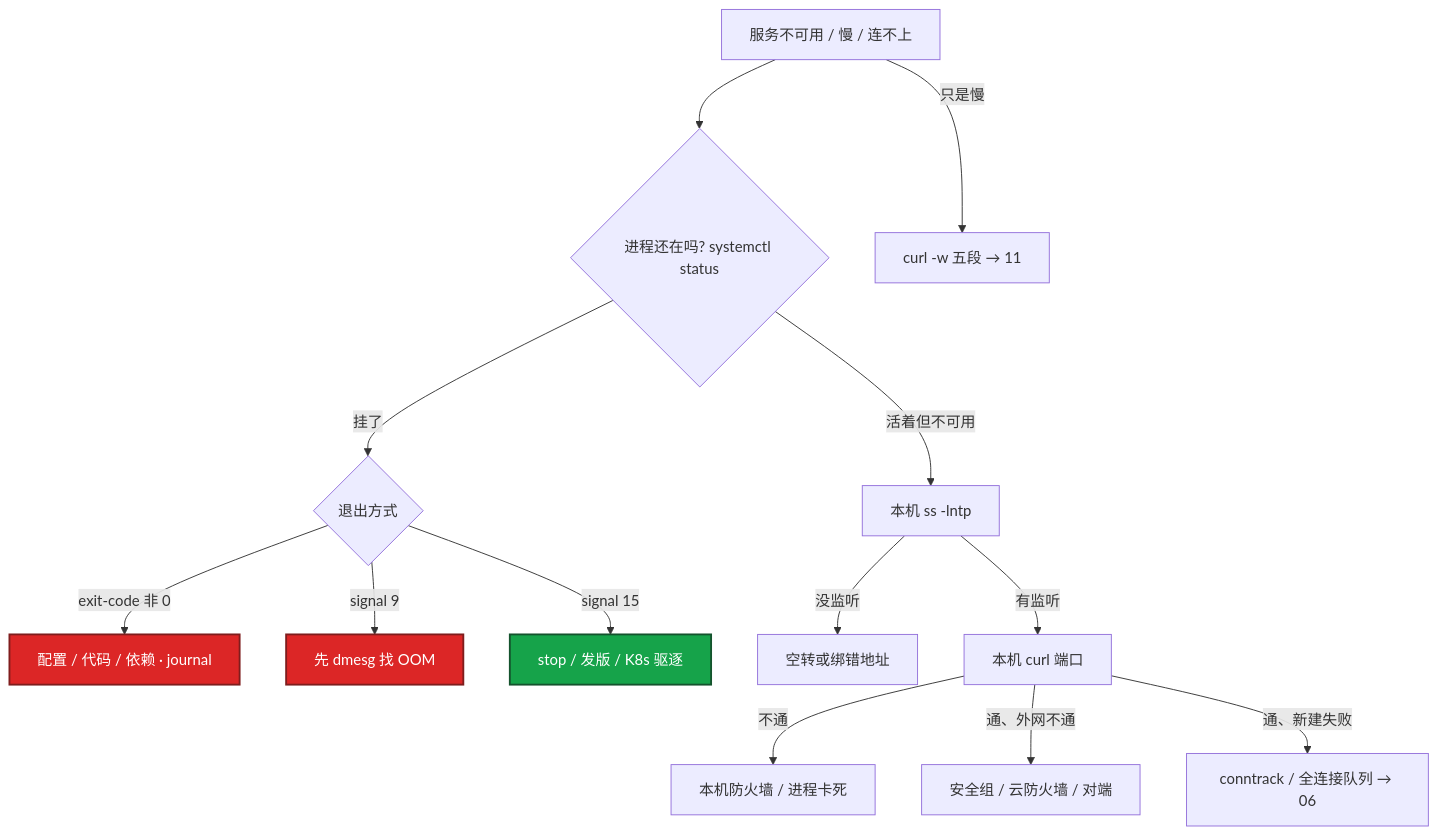
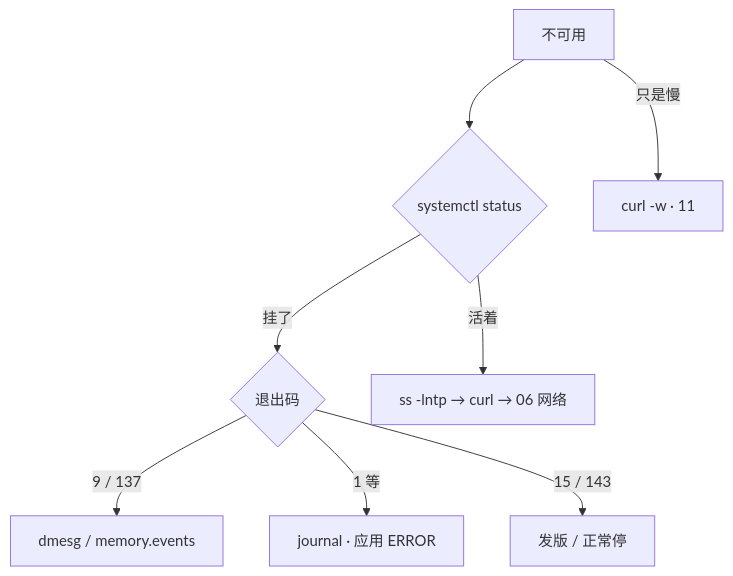
One commit to ml-cuizijun/LearnToLilith changed diagram 11 of 11 in 02-基础底座/01-内核与系统/知识点.md. Above: the diagram before and after it, drawn with Mermaid. The commit also changed other lines of this file and 213 other files, not shown here.

````diff
--- a/02-基础底座/01-内核与系统/知识点.md
+++ b/02-基础底座/01-内核与系统/知识点.md
@@ -521,20 +434,10 @@
 ```mermaid
 flowchart TB
-    A[服务不可用 / 慢 / 连不上] --> B{进程还在吗? systemctl status}
-    B -->|挂了| C{退出方式}
-    C -->|exit-code 非 0| D[配置 / 代码 / 依赖 · journal]
-    C -->|signal 9| E[先 dmesg 找 OOM]
-    C -->|signal 15| F[stop / 发版 / K8s 驱逐]
-    B -->|活着但不可用| G[本机 ss -lntp]
-    G -->|没监听| H[空转或绑错地址]
-    G -->|有监听| I[本机 curl 端口]
-    I -->|不通| J[本机防火墙 / 进程卡死]
-    I -->|通、外网不通| K[安全组 / 云防火墙 / 对端]
-    I -->|通、新建失败| L["conntrack / 全连接队列 → 06"]
-    A -->|只是慢| M["curl -w 五段 → 11"]
-
-    classDef bad fill:#DC2626,stroke:#7F1D1D,stroke-width:2px,color:#fff
-    classDef ok fill:#16A34A,stroke:#14532D,stroke-width:2px,color:#fff
-    class E,D bad
-    class F ok
+    A[不可用] --> B{systemctl status}
+    B -->|挂了| C{退出码}
+    C -->|9 / 137| D[dmesg / memory.events]
+    C -->|1 等| E[journal · 应用 ERROR]
+    C -->|15 / 143| F[发版 / 正常停]
+    B -->|活着| G[ss -lntp → curl → 06 网络]
+    A -->|只是慢| H[curl -w · 11]
 ```
````
